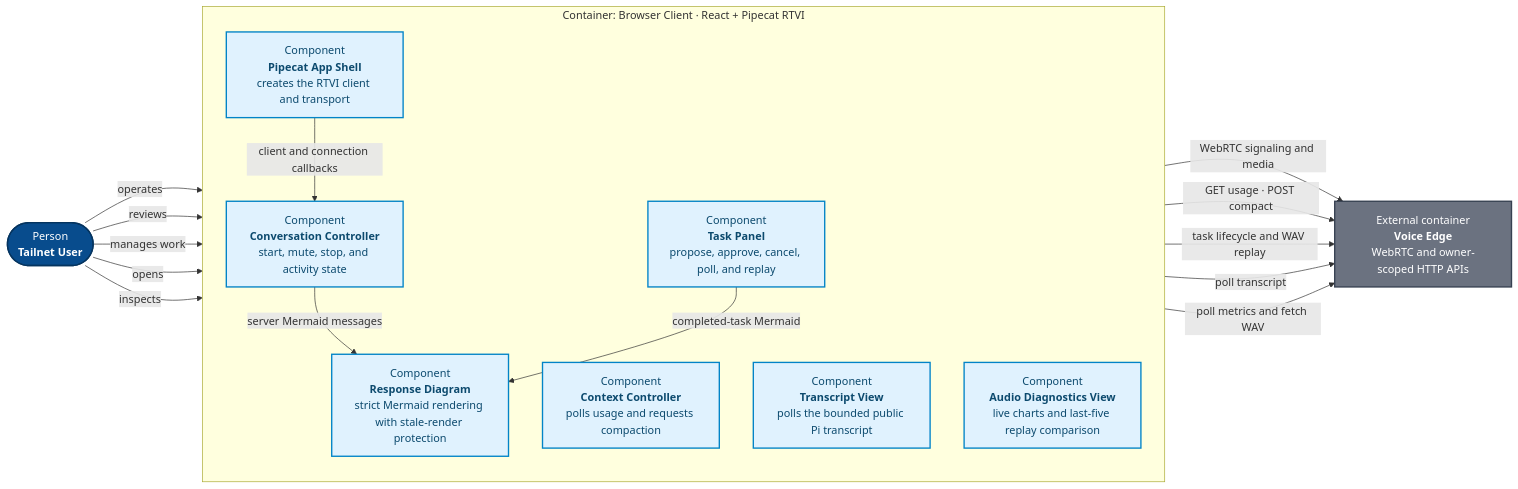
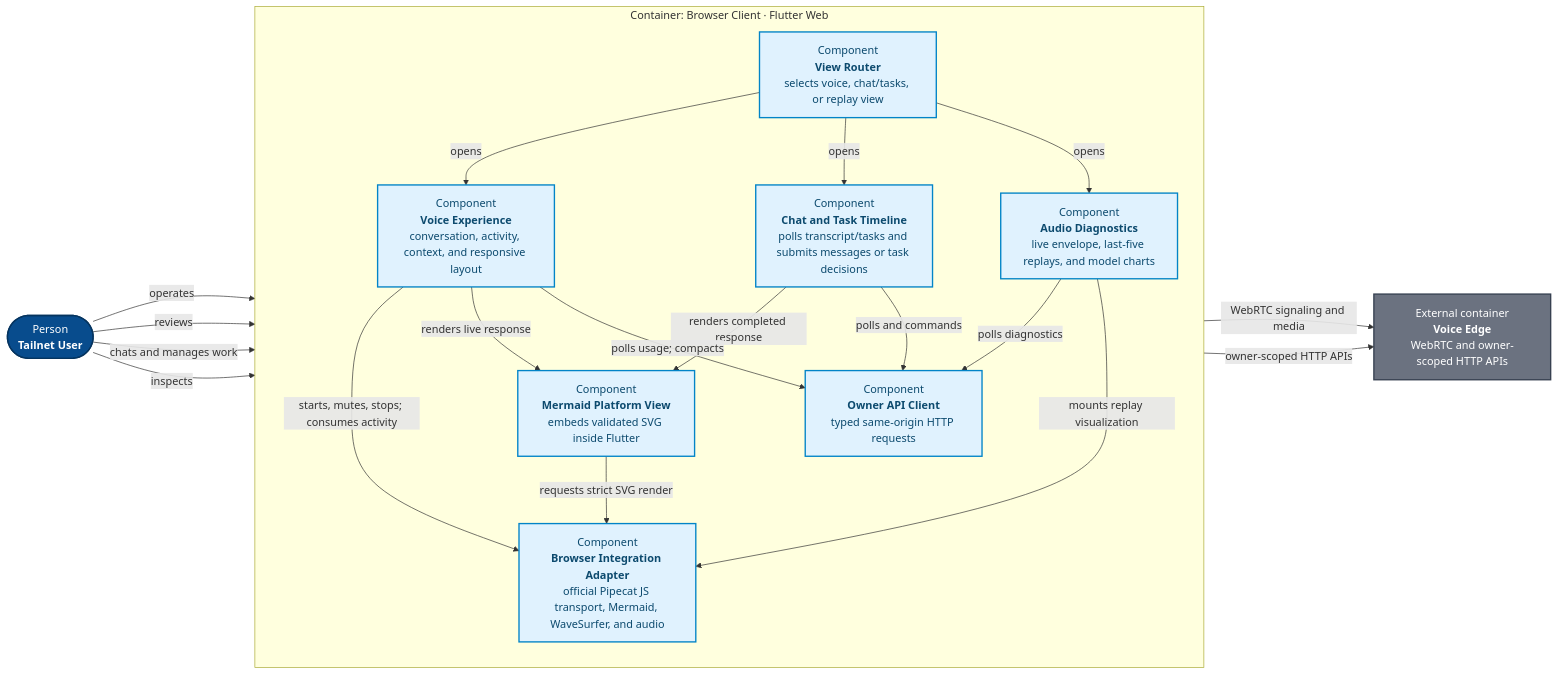
Before and after one commit to ragavsathish/agent-workload-platform: the diagram in products/voice-agent/docs/architecture/c3-browser-client.mmd, drawn with Mermaid. The commit also changed 63 other files, not shown here.

Commit message:
feat(voice-agent): rewrite web client in Flutter

```diff
--- a/products/voice-agent/docs/architecture/c3-browser-client.mmd
+++ b/products/voice-agent/docs/architecture/c3-browser-client.mmd
@@ -1,36 +1,40 @@
 flowchart LR
     USER([Person<br/><b>Tailnet User</b>])
     EDGE[External container<br/><b>Voice Edge</b><br/>WebRTC and owner-scoped HTTP APIs]
 
-    subgraph BROWSER["Container: Browser Client · React + Pipecat RTVI"]
+    subgraph BROWSER["Container: Browser Client · Flutter Web"]
         direction TB
-        SHELL["Component<br/><b>Pipecat App Shell</b><br/>creates the RTVI client and transport"]
-        CONTROLS["Component<br/><b>Conversation Controller</b><br/>start, mute, stop, and activity state"]
-        DIAGRAM["Component<br/><b>Response Diagram</b><br/>strict Mermaid rendering with stale-render protection"]
-        CONTEXT["Component<br/><b>Context Controller</b><br/>polls usage and requests compaction"]
-        TASKS["Component<br/><b>Task Panel</b><br/>propose, approve, cancel, poll, and replay"]
-        TRANSCRIPT["Component<br/><b>Transcript View</b><br/>polls the bounded public Pi transcript"]
-        AUDIO["Component<br/><b>Audio Diagnostics View</b><br/>live charts and last-five replay comparison"]
+        ROUTER["Component<br/><b>View Router</b><br/>selects voice, chat/tasks, or replay view"]
+        VOICE["Component<br/><b>Voice Experience</b><br/>conversation, activity, context, and responsive layout"]
+        TIMELINE["Component<br/><b>Chat and Task Timeline</b><br/>polls transcript/tasks and submits messages or task decisions"]
+        AUDIO["Component<br/><b>Audio Diagnostics</b><br/>live envelope, last-five replays, and model charts"]
+        API["Component<br/><b>Owner API Client</b><br/>typed same-origin HTTP requests"]
+        DIAGRAM["Component<br/><b>Mermaid Platform View</b><br/>embeds validated SVG inside Flutter"]
+        ADAPTER["Component<br/><b>Browser Integration Adapter</b><br/>official Pipecat JS transport, Mermaid, WaveSurfer, and audio"]
 
-        SHELL -->|"client and connection callbacks"| CONTROLS
-        CONTROLS -->|"server Mermaid messages"| DIAGRAM
-        TASKS -->|"completed-task Mermaid"| DIAGRAM
+        ROUTER -->|"opens"| VOICE
+        ROUTER -->|"opens"| TIMELINE
+        ROUTER -->|"opens"| AUDIO
+        VOICE -->|"starts, mutes, stops; consumes activity"| ADAPTER
+        VOICE -->|"renders live response"| DIAGRAM
+        TIMELINE -->|"renders completed response"| DIAGRAM
+        DIAGRAM -->|"requests strict SVG render"| ADAPTER
+        VOICE -->|"polls usage; compacts"| API
+        TIMELINE -->|"polls and commands"| API
+        AUDIO -->|"polls diagnostics"| API
+        AUDIO -->|"mounts replay visualization"| ADAPTER
     end
 
-    USER -->|"operates"| CONTROLS
+    USER -->|"operates"| VOICE
     USER -->|"reviews"| DIAGRAM
-    USER -->|"manages work"| TASKS
-    USER -->|"opens"| TRANSCRIPT
+    USER -->|"chats and manages work"| TIMELINE
     USER -->|"inspects"| AUDIO
-    SHELL -->|"WebRTC signaling and media"| EDGE
-    CONTEXT -->|"GET usage · POST compact"| EDGE
-    TASKS -->|"task lifecycle and WAV replay"| EDGE
-    TRANSCRIPT -->|"poll transcript"| EDGE
-    AUDIO -->|"poll metrics and fetch WAV"| EDGE
+    ADAPTER -->|"WebRTC signaling and media"| EDGE
+    API -->|"owner-scoped HTTP APIs"| EDGE
 
     classDef person fill:#084c8d,color:#fff,stroke:#05345f,stroke-width:2px;
     classDef component fill:#e0f2fe,color:#0c4a6e,stroke:#0284c7,stroke-width:2px;
     classDef external fill:#6b7280,color:#fff,stroke:#374151,stroke-width:2px;
     class USER person;
-    class SHELL,CONTROLS,DIAGRAM,CONTEXT,TASKS,TRANSCRIPT,AUDIO component;
+    class ROUTER,VOICE,TIMELINE,AUDIO,API,DIAGRAM,ADAPTER component;
     class EDGE external;
```
